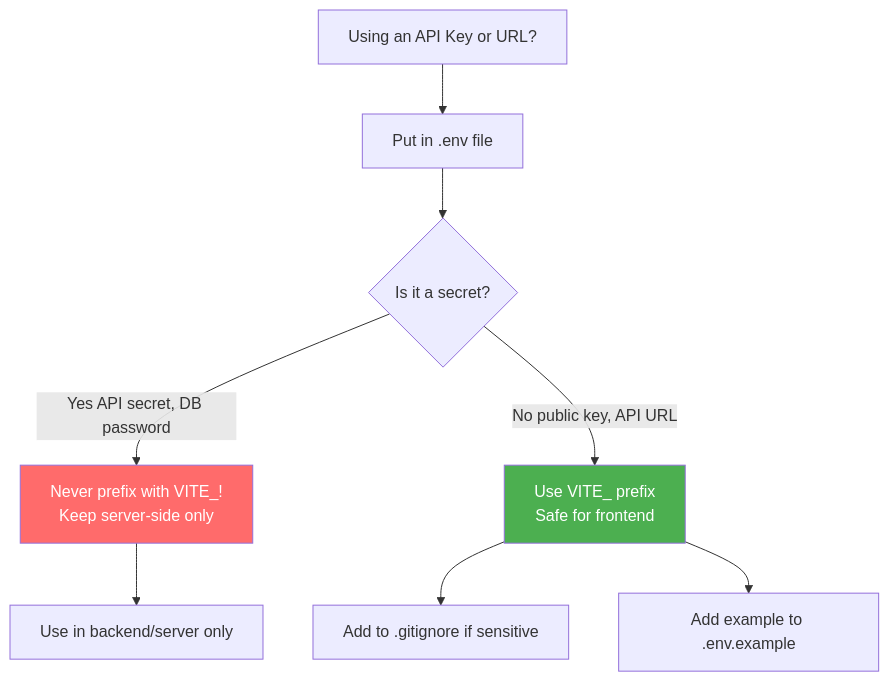
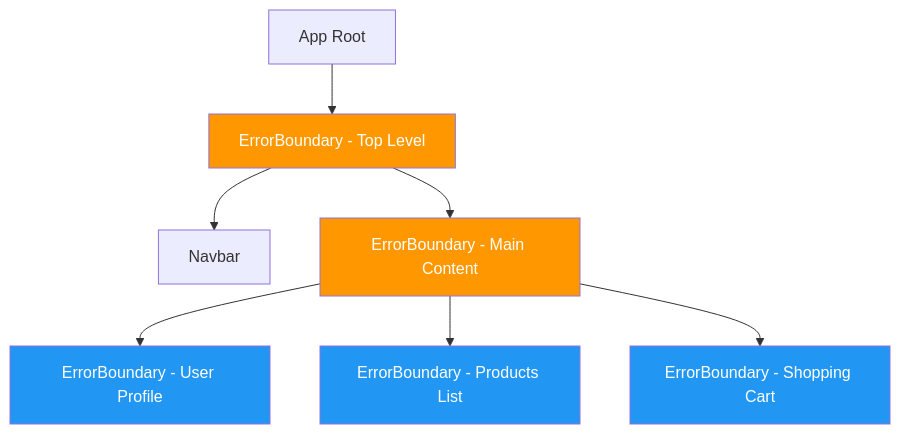
The second of 2 diagrams in React/week_12/class_1/README.md (Maksof-waqarahmed/Web-Development-2-ReactJs), drawn with Mermaid before and after one commit. The commit also changed other lines of this file and 25 other files, not shown here.

````diff
--- a/React/week_12/class_1/README.md
+++ b/React/week_12/class_1/README.md
@@ -292,12 +264,15 @@
 ```mermaid
-flowchart TD
-    A[Using an API Key or URL?] --> B[Put in .env file]
-    B --> C{Is it a secret?}
-    C -->|Yes API secret, DB password| D[Never prefix with VITE_!\nKeep server-side only]
-    C -->|No public key, API URL| E[Use VITE_ prefix\nSafe for frontend]
-    E --> F[Add to .gitignore if sensitive]
-    E --> G[Add example to .env.example]
-    D --> H[Use in backend/server only]
-    style D fill:#ff6b6b,color:#fff
-    style E fill:#4caf50,color:#fff
+graph TD
+    A[App Root] --> B[ErrorBoundary - Top Level]
+    B --> C[Navbar]
+    B --> D[ErrorBoundary - Main Content]
+    D --> E[ErrorBoundary - User Profile]
+    D --> F[ErrorBoundary - Products List]
+    D --> G[ErrorBoundary - Shopping Cart]
+
+    style B fill:#ff9800,color:#fff
+    style D fill:#ff9800,color:#fff
+    style E fill:#2196f3,color:#fff
+    style F fill:#2196f3,color:#fff
+    style G fill:#2196f3,color:#fff
 ```
````
